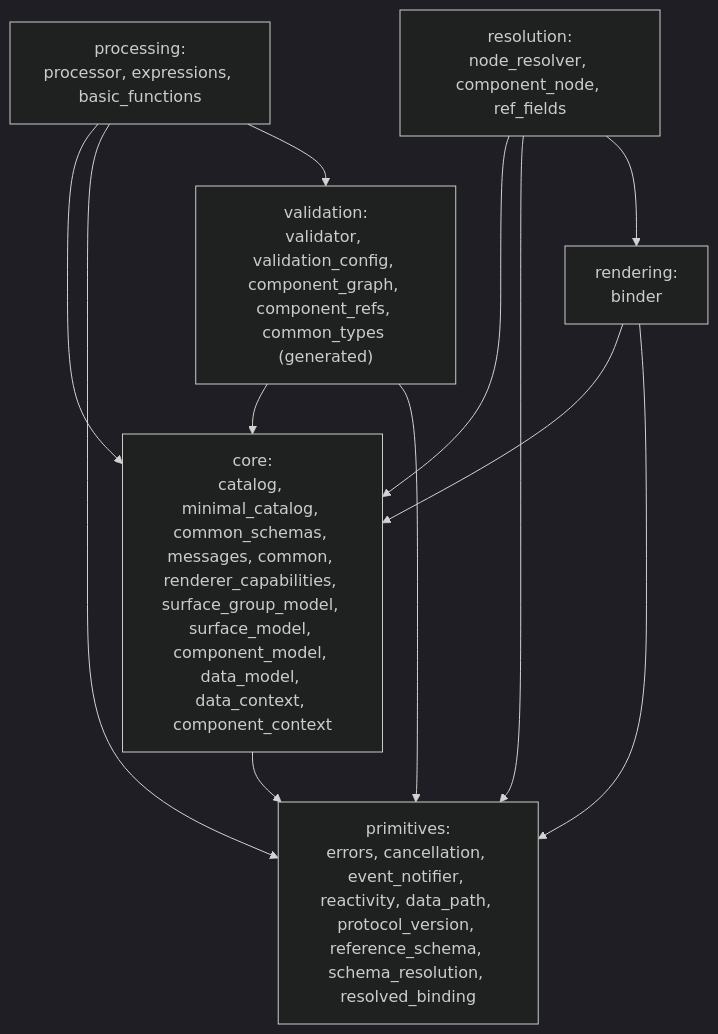
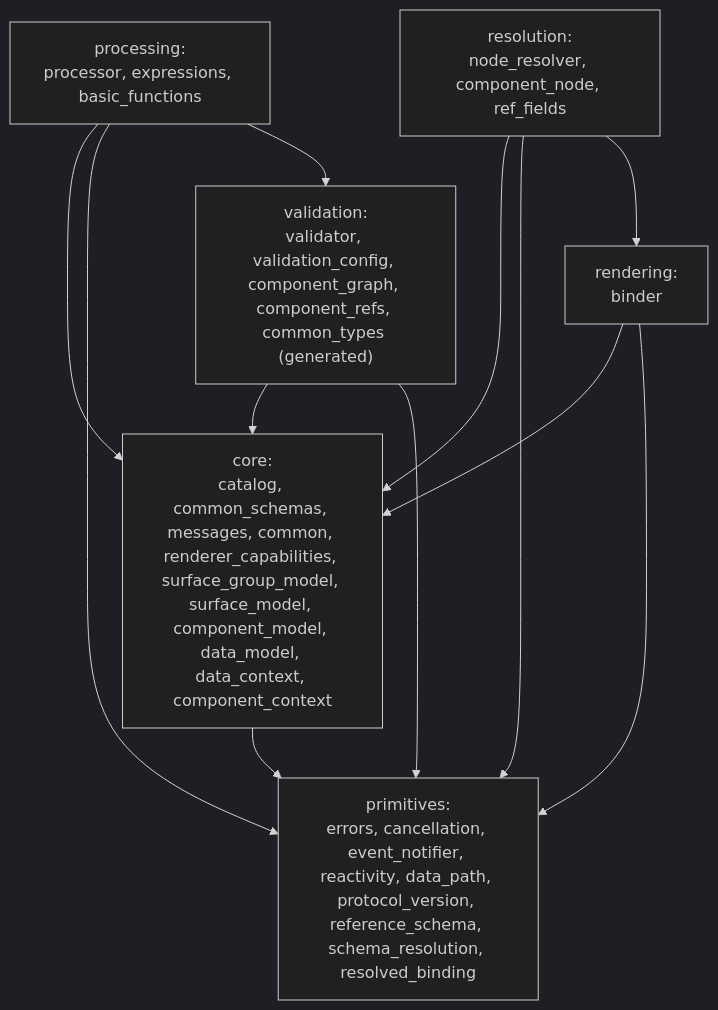
Before and after one commit to a2ui-project/a2ui: the first of 2 diagrams in blueprints/modules/a2ui_core.blueprint.md, drawn with Mermaid (dark theme). The commit also changed other lines of this file, not shown here.

````diff
--- a/blueprints/modules/a2ui_core.blueprint.md
+++ b/blueprints/modules/a2ui_core.blueprint.md
@@ -46,21 +46,21 @@
 ```mermaid
 graph TD
     processing["processing:<br/>processor, expressions, basic_functions"]
     validation["validation:<br/>validator, validation_config, component_graph, component_refs, common_types (generated)"]
     resolution["resolution:<br/>node_resolver, component_node, ref_fields"]
     rendering["rendering:<br/>binder"]
-    core["core:<br/>catalog, minimal_catalog, common_schemas, messages, common, renderer_capabilities, surface_group_model, surface_model, component_model, data_model, data_context, component_context"]
+    core["core:<br/>catalog, common_schemas, messages, common, renderer_capabilities, surface_group_model, surface_model, component_model, data_model, data_context, component_context"]
     primitives["primitives:<br/>errors, cancellation, event_notifier, reactivity, data_path, protocol_version, reference_schema, schema_resolution, resolved_binding"]
 
     processing --> core
     processing --> primitives
     processing --> validation
     resolution --> core
     resolution --> primitives
     resolution --> rendering
     rendering --> core
     rendering --> primitives
     validation --> core
     validation --> primitives
     core --> primitives
 ```
````
